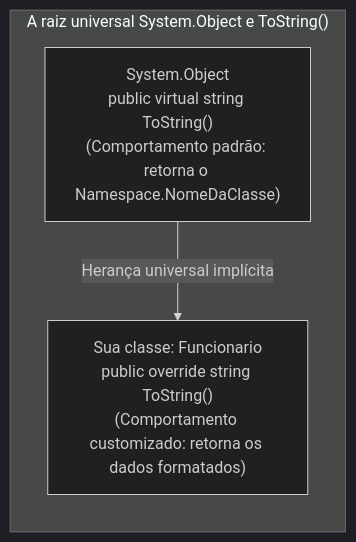
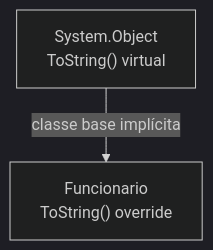
Before and after one commit to leorruas/puc: the ninth of 9 diagrams in 01. Programacao Modular/17. Sobreposição de métodos (virtual e override).md, drawn with Mermaid (dark theme). The commit also changed other lines of this file, not shown here.

Commit message:
Normaliza diagramas Mermaid de polimorfismo e override

````diff
--- a/01. Programacao Modular/17. Sobreposição de métodos (virtual e override).md
+++ b/01. Programacao Modular/17. Sobreposição de métodos (virtual e override).md
@@ -649,12 +507,7 @@
 ```mermaid
 flowchart TD
-    subgraph HierarquiaObject ["A raiz universal System.Object e ToString()"]
-        direction TB
+    Object["System.Object<br>ToString() virtual"]:::core
+    Funcionario["Funcionario<br>ToString() override"]:::component
 
-        ObjRoot["System.Object<br>public virtual string ToString()<br>(Comportamento padrão: retorna o Namespace.NomeDaClasse)"]
-
-        SubUser["Sua classe: Funcionario<br>public override string ToString()<br>(Comportamento customizado: retorna os dados formatados)"]
-
-        ObjRoot -->|Herança universal implícita| SubUser
-    end
+    Object -->|"classe base implícita"| Funcionario
 ```
````
